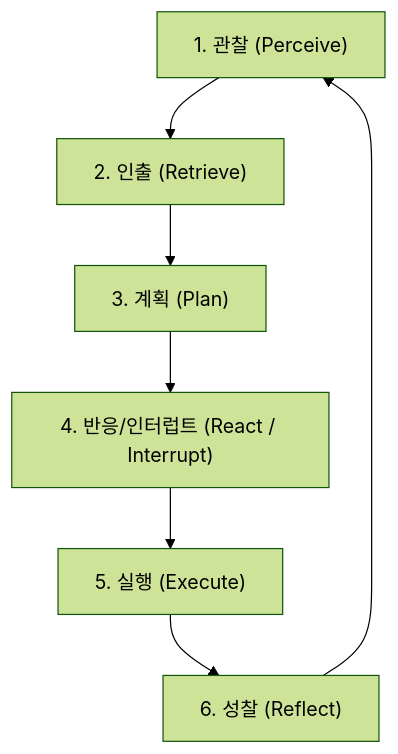
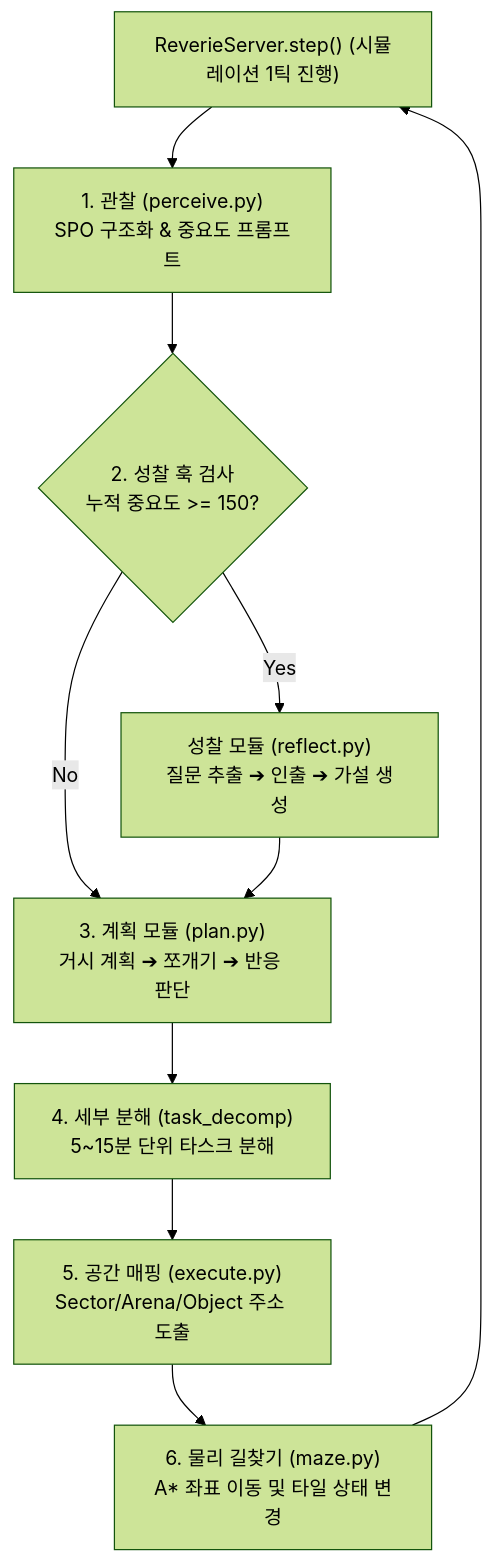
The first of 2 diagrams in docs/references/smallville_behavior_report.md (jin20203458/MundusVivens), drawn with Mermaid (forest theme) before and after one commit. The commit also changed other lines of this file, not shown here.

````diff
--- a/docs/references/smallville_behavior_report.md
+++ b/docs/references/smallville_behavior_report.md
@@ -11,9 +11,14 @@
 ```mermaid
 flowchart TD
-    A["1. 관찰 (Perceive)"] --> B["2. 인출 (Retrieve)"]
-    B --> C["3. 계획 (Plan)"]
-    C --> D["4. 반응/인터럽트 (React / Interrupt)"]
-    D --> E["5. 실행 (Execute)"]
-    E --> F["6. 성찰 (Reflect)"]
-    F --> A
+    Start["ReverieServer.step() (시뮬레이션 1틱 진행)"] --> Perceive["1. 관찰 (perceive.py)<br/>SPO 구조화 & 중요도 프롬프트"]
+    Perceive --> ReflectCheck{"2. 성찰 훅 검사<br/>누적 중요도 >= 150?"}
+    
+    ReflectCheck -- "Yes" --> Reflect["성찰 모듈 (reflect.py)<br/>질문 추출 ➔ 인출 ➔ 가설 생성"]
+    ReflectCheck -- "No" --> Plan["3. 계획 모듈 (plan.py)<br/>거시 계획 ➔ 쪼개기 ➔ 반응 판단"]
+    Reflect --> Plan
+    
+    Plan --> Decomp["4. 세부 분해 (task_decomp)<br/>5~15분 단위 타스크 분해"]
+    Decomp --> Spatial["5. 공간 매핑 (execute.py)<br/>Sector/Arena/Object 주소 도출"]
+    Spatial --> Path["6. 물리 길찾기 (maze.py)<br/>A* 좌표 이동 및 타일 상태 변경"]
+    Path --> Start
 ```
````
